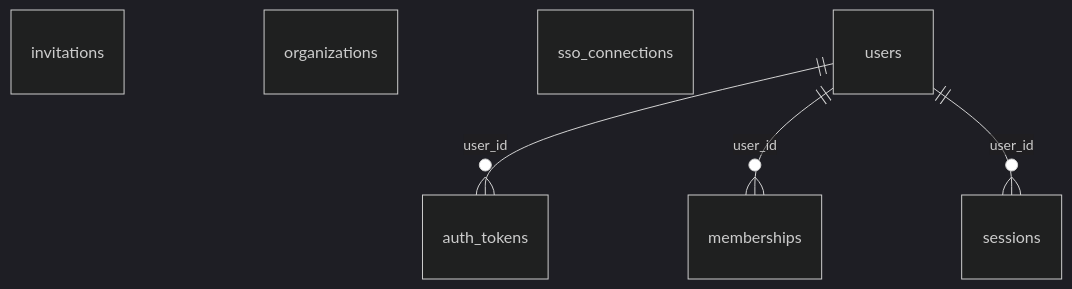
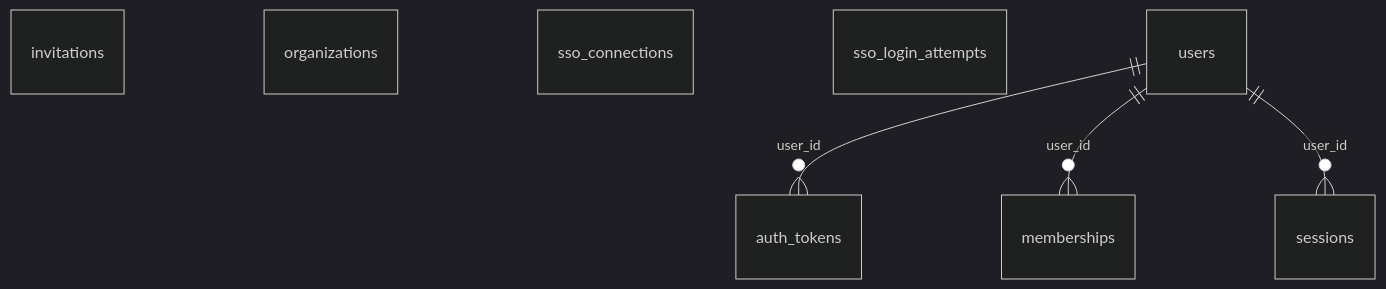
The ninth of 10 diagrams in docs/architecture/data-model-erd.md (kristapsgoncoronoks-ship-it/Bid_it), drawn with Mermaid (dark theme) before and after one commit. The commit also changed other lines of this file and 177 other files, not shown here.

````diff
--- a/docs/architecture/data-model-erd.md
+++ b/docs/architecture/data-model-erd.md
@@ -229,12 +229,14 @@
 ```mermaid
 erDiagram
   invitations {
   }
   organizations {
   }
   sso_connections {
   }
+  sso_login_attempts {
+  }
   users ||--o{ auth_tokens : "user_id"
   users ||--o{ memberships : "user_id"
   users ||--o{ sessions : "user_id"
 ```
````
